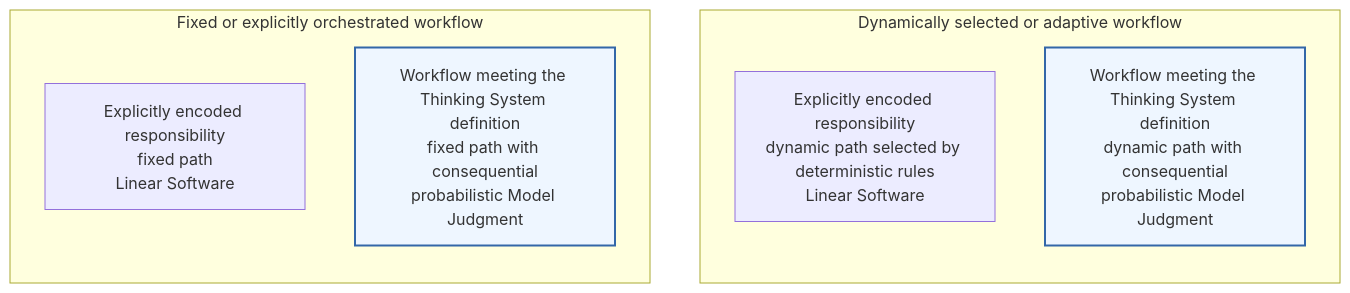
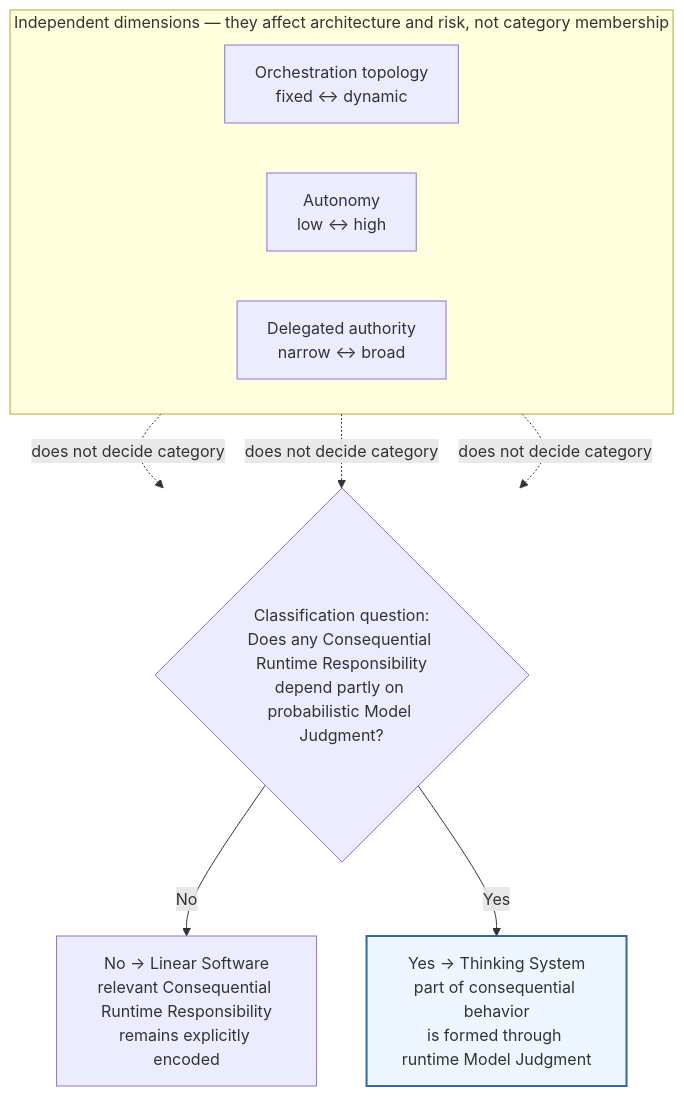
One commit to UncertaintyArchitectureGroup/uncertainty-architecture changed the second of 14 diagrams in content/research/notes/open-engineering-specification-article-draft.md. Above: the diagram before and after it, drawn with Mermaid. The commit also changed other lines of this file and 15 other files, not shown here.

Commit message:
Clarify Thinking System object, control boundary, and research positioning

````diff
--- a/content/research/notes/open-engineering-specification-article-draft.md
+++ b/content/research/notes/open-engineering-specification-article-draft.md
@@ -101,20 +105,22 @@
 ```mermaid
-flowchart LR
-    subgraph F["Fixed or explicitly orchestrated workflow"]
-        direction TB
-        FL["Explicitly encoded responsibility<br/>fixed path<br/>Linear Software"]
-        FT["Workflow meeting the Thinking System definition<br/>fixed path with consequential<br/>probabilistic Model Judgment"]
+flowchart TB
+    subgraph I["Independent dimensions — they affect architecture and risk, not category membership"]
+        direction LR
+        O["Orchestration topology<br/>fixed ↔ dynamic"]
+        A["Autonomy<br/>low ↔ high"]
+        D["Delegated authority<br/>narrow ↔ broad"]
     end
 
-    subgraph D["Dynamically selected or adaptive workflow"]
-        direction TB
-        DL["Explicitly encoded responsibility<br/>dynamic path selected by deterministic rules<br/>Linear Software"]
-        DT["Workflow meeting the Thinking System definition<br/>dynamic path with consequential<br/>probabilistic Model Judgment"]
-    end
+    Q{"Classification question:<br/>Does any Consequential Runtime Responsibility<br/>depend partly on probabilistic Model Judgment?"}
+    L["No → Linear Software<br/>relevant Consequential Runtime Responsibility<br/>remains explicitly encoded"]
+    T["Yes → Thinking System<br/>part of consequential behavior<br/>is formed through runtime Model Judgment"]
 
-    FL ~~~ DL
-    FT ~~~ DT
+    O -. does not decide category .-> Q
+    A -. does not decide category .-> Q
+    D -. does not decide category .-> Q
+    Q -->|No| L
+    Q -->|Yes| T
 
     classDef thinking fill:#eef6ff,stroke:#3367a8,stroke-width:2px;
-    class FT,DT thinking;
+    class T thinking;
 ```
````
